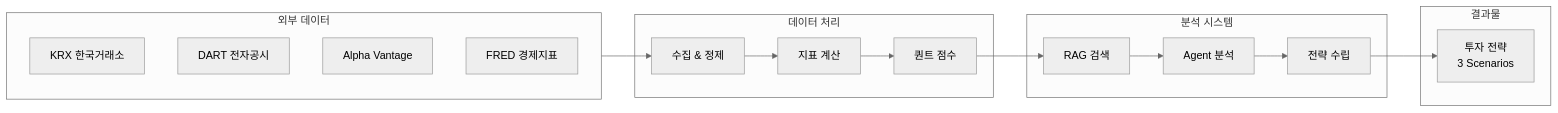
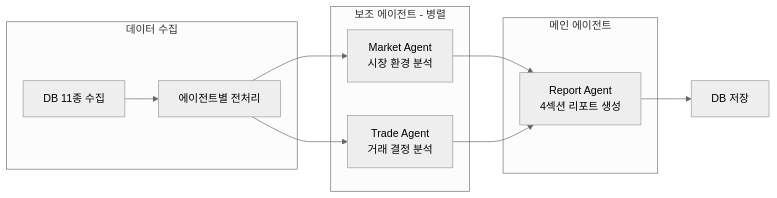
Before and after one commit to vinjung/alphafolio_overview: the ninth of 14 diagrams in README.md, drawn with Mermaid (neutral theme). The commit also changed other lines of this file, not shown here.

````diff
--- a/README.md
+++ b/README.md
@@ -162,28 +507,23 @@
 ```mermaid
 flowchart LR
-    subgraph External[외부 데이터]
-        KRX[KRX 한국거래소]
-        DART[DART 전자공시]
-        AV[Alpha Vantage]
-        FRED[FRED 경제지표]
+    subgraph Data[데이터 수집]
+        Collect[DB 11종 수집]
+        Pre[에이전트별 전처리]
     end
 
-    subgraph Processing[데이터 처리]
-        Collect[수집 & 정제]
-        Indicator[지표 계산]
-        Quant[퀀트 점수]
+    subgraph Parallel[보조 에이전트 - 병렬]
+        MA[Market Agent<br/>시장 환경 분석]
+        TA[Trade Agent<br/>거래 결정 분석]
     end
 
-    subgraph Analysis[분석 시스템]
-        RAG[RAG 검색]
-        Agent[Agent 분석]
-        Strategy[전략 수립]
+    subgraph Main[메인 에이전트]
+        RA[Report Agent<br/>4섹션 리포트 생성]
     end
 
-    subgraph Output[결과물]
-        Response[투자 전략<br/>3 Scenarios]
-    end
-
-    External --> Collect --> Indicator --> Quant
-    Quant --> RAG --> Agent --> Strategy --> Response
+    Collect --> Pre
+    Pre --> MA
+    Pre --> TA
+    MA --> RA
+    TA --> RA
+    RA --> Out[DB 저장]
 ```
````
